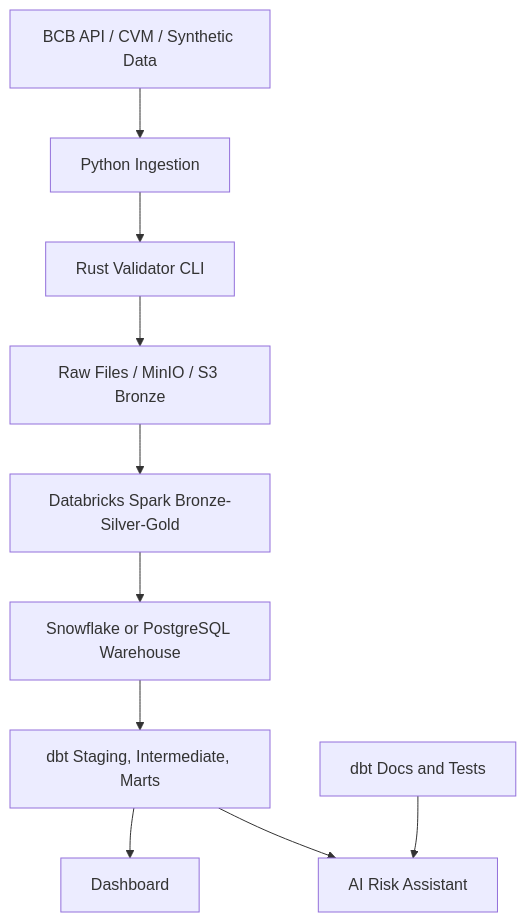
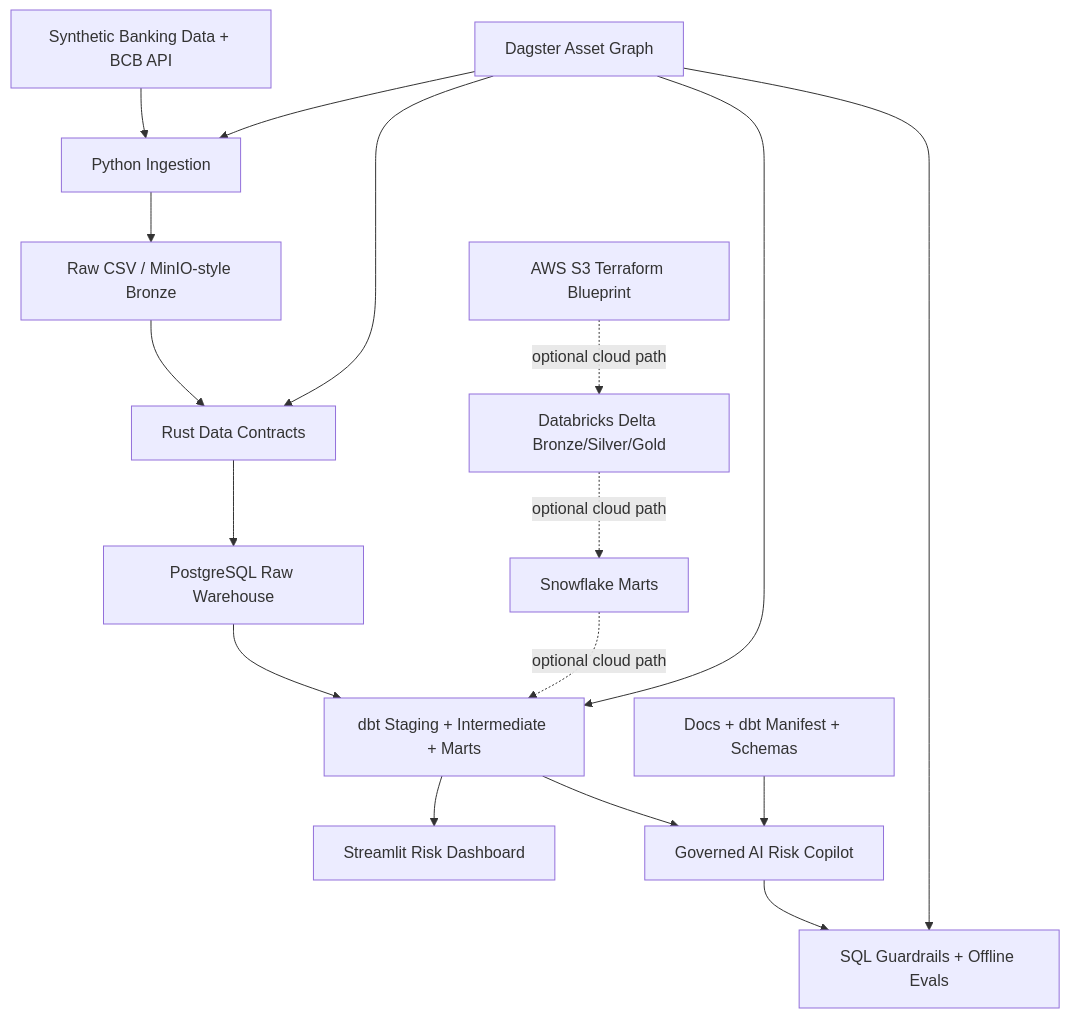
Before and after one commit to danielbbrasileiro/finbank-risk-lakehouse-starter: the diagram in docs/architecture_mermaid.md, drawn with Mermaid. The commit also changed 52 other files, not shown here.

````diff
--- a/docs/architecture_mermaid.md
+++ b/docs/architecture_mermaid.md
@@ -3,12 +3,19 @@
 ```mermaid
 flowchart TD
-    A[BCB API / CVM / Synthetic Data] --> B[Python Ingestion]
-    B --> C[Rust Validator CLI]
-    C --> D[Raw Files / MinIO / S3 Bronze]
-    D --> E[Databricks Spark Bronze-Silver-Gold]
-    E --> F[Snowflake or PostgreSQL Warehouse]
-    F --> G[dbt Staging, Intermediate, Marts]
-    G --> H[Dashboard]
-    G --> I[AI Risk Assistant]
-    J[dbt Docs and Tests] --> I
+    A[Synthetic Banking Data + BCB API] --> B[Python Ingestion]
+    B --> C[Raw CSV / MinIO-style Bronze]
+    C --> D[Rust Data Contracts]
+    D --> E[PostgreSQL Raw Warehouse]
+    E --> F[dbt Staging + Intermediate + Marts]
+    F --> G[Streamlit Risk Dashboard]
+    F --> H[Governed AI Risk Copilot]
+    I[Docs + dbt Manifest + Schemas] --> H
+    H --> J[SQL Guardrails + Offline Evals]
+    K[AWS S3 Terraform Blueprint] -. optional cloud path .-> L[Databricks Delta Bronze/Silver/Gold]
+    L -. optional cloud path .-> M[Snowflake Marts]
+    M -. optional cloud path .-> F
+    N[Dagster Asset Graph] --> B
+    N --> D
+    N --> F
+    N --> J
 ```
````
